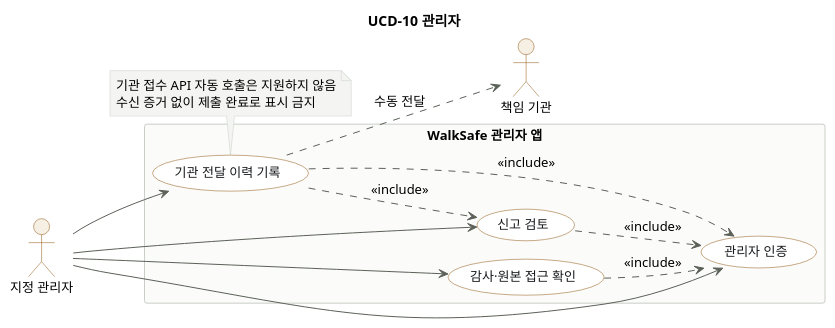
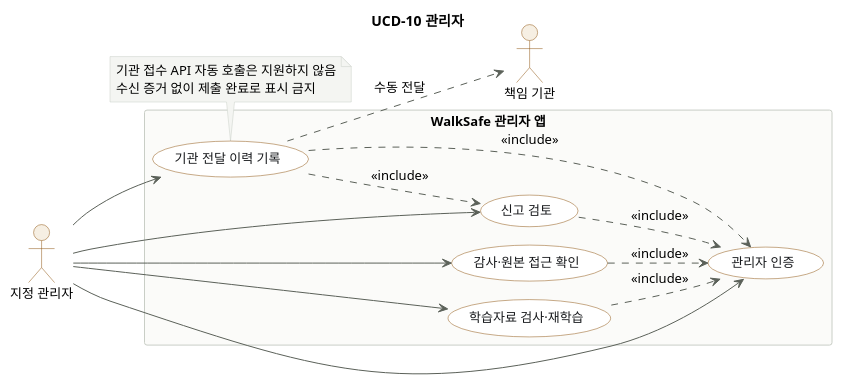
Before and after one commit to ddobagih/Hanium_Dreamup: diagram 11 of 11 in docs/planning/walksafe-usecase-diagrams.puml, drawn with PlantUML. The commit also changed other lines of this file and 9 other files, not shown here.

First line of the commit message:
Apply the four scope changes to the use cases and diagrams

```diff
--- a/docs/planning/walksafe-usecase-diagrams.puml
+++ b/docs/planning/walksafe-usecase-diagrams.puml
@@ -576,53 +574,56 @@
 @startuml UCD-10
 !pragma layout smetana
 left to right direction
 skinparam defaultFontName "Apple SD Gothic Neo"
 skinparam defaultFontSize 13
 skinparam shadowing false
 skinparam ArrowColor #5b6159
 skinparam usecase {
   BackgroundColor #ffffff
   BorderColor #8f5510
   FontColor #17191c
 }
 skinparam actor {
   BackgroundColor #f6efe3
   BorderColor #8f5510
 }
 skinparam rectangle {
   BackgroundColor #fbfbf9
   BorderColor #c9cec6
 }
 skinparam note {
   BackgroundColor #f4f5f2
   BorderColor #c9cec6
 }
 
 title UCD-10 관리자
 
 actor "지정 관리자" as Admin
 actor "책임 기관" as Agency
 
 rectangle "WalkSafe 관리자 앱" {
-  usecase "관리자 인증" as UC32
-  usecase "신고 검토" as UC33
-  usecase "기관 전달 이력 기록" as UC34
-  usecase "감사·원본 접근 확인" as UC35
+  usecase "관리자 인증" as UC31
+  usecase "신고 검토" as UC32
+  usecase "기관 전달 이력 기록" as UC33
+  usecase "감사·원본 접근 확인" as UC34
+  usecase "학습자료 검사·재학습" as UC35
 }
 
+Admin --> UC31
 Admin --> UC32
 Admin --> UC33
 Admin --> UC34
 Admin --> UC35
 
+UC32 ..> UC31 : <<include>>
+UC33 ..> UC31 : <<include>>
+UC34 ..> UC31 : <<include>>
 UC33 ..> UC32 : <<include>>
-UC34 ..> UC32 : <<include>>
-UC35 ..> UC32 : <<include>>
-UC34 ..> UC33 : <<include>>
-UC34 ..> Agency : 수동 전달
+UC35 ..> UC31 : <<include>>
+UC33 ..> Agency : 수동 전달
 
-note bottom of UC34
+note bottom of UC33
   기관 접수 API 자동 호출은 지원하지 않음
   수신 증거 없이 제출 완료로 표시 금지
 end note
 @enduml
```
